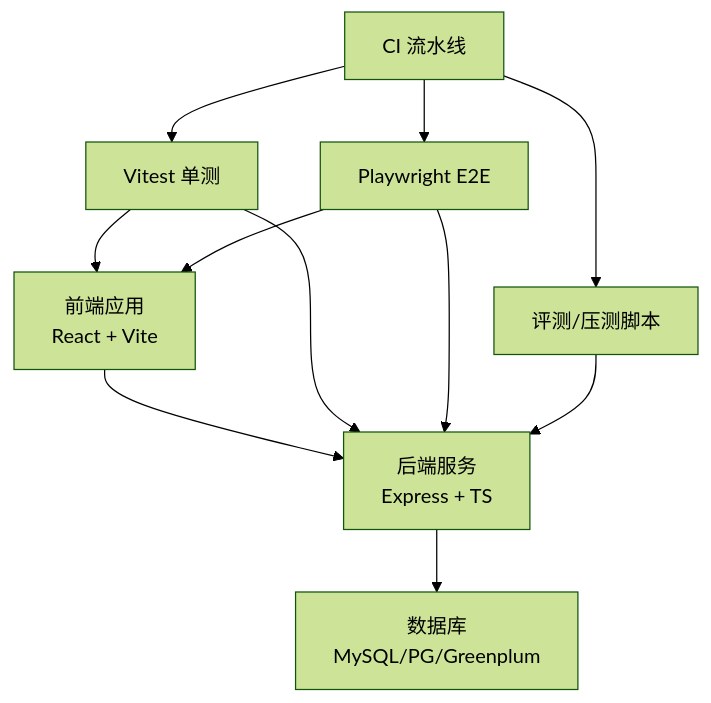
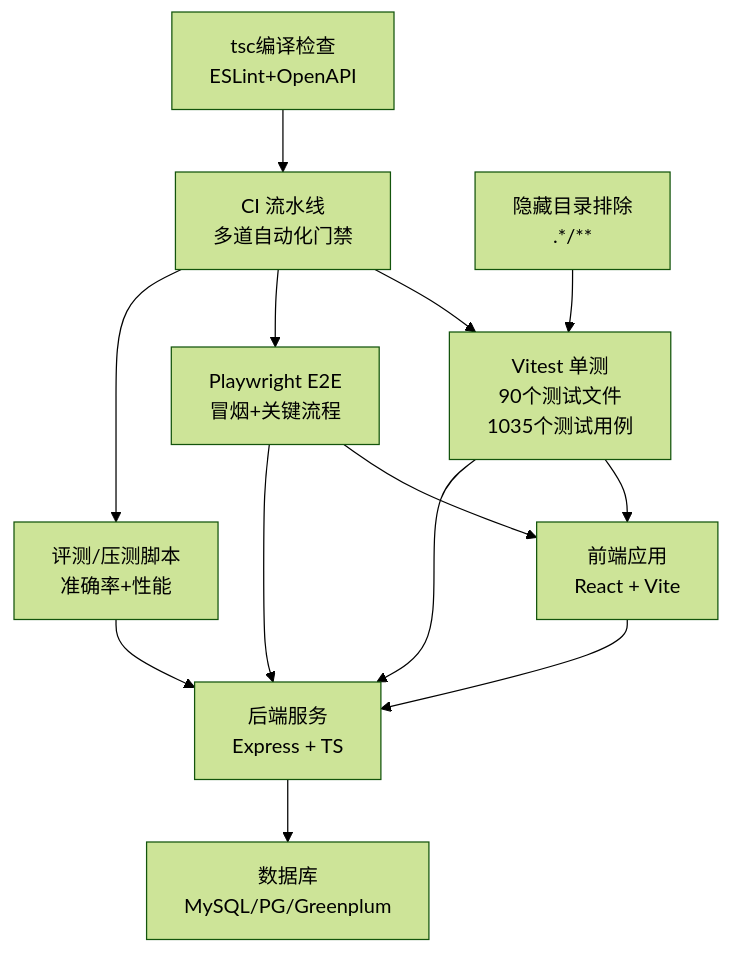
One commit to dgjin/smart-data-analytics changed the first of 6 diagrams in .qoder/repowiki/zh/content/开发指南/测试策略与实践.md. Above: the diagram before and after it, drawn with Mermaid (forest theme). The commit also changed other lines of this file and 100 other files, not shown here.

````diff
--- a/.qoder/repowiki/zh/content/开发指南/测试策略与实践.md
+++ b/.qoder/repowiki/zh/content/开发指南/测试策略与实践.md
@@ -45,13 +55,15 @@
 ```mermaid
 graph TB
 A["前端应用<br/>React + Vite"] --> B["后端服务<br/>Express + TS"]
 B --> C["数据库<br/>MySQL/PG/Greenplum"]
-D["Vitest 单测"] --> A
+D["Vitest 单测<br/>90个测试文件<br/>1035个测试用例"] --> A
 D --> B
-E["Playwright E2E"] --> A
+E["Playwright E2E<br/>冒烟+关键流程"] --> A
 E --> B
-F["评测/压测脚本"] --> B
-G["CI 流水线"] --> D
+F["评测/压测脚本<br/>准确率+性能"] --> B
+G["CI 流水线<br/>多道自动化门禁"] --> D
 G --> E
 G --> F
+H["隐藏目录排除<br/>.*/**"] --> D
+I["tsc编译检查<br/>ESLint+OpenAPI"] --> G
 ```
````
